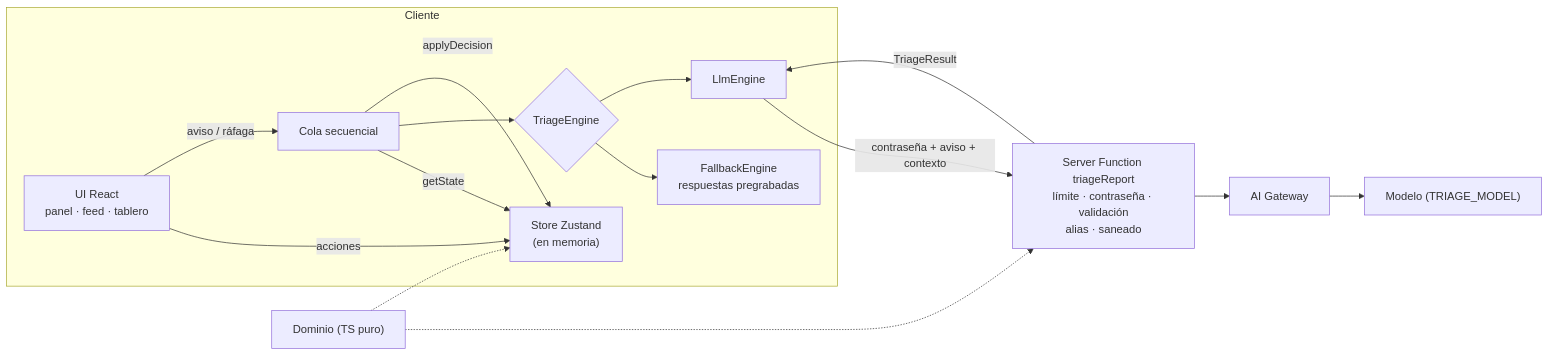
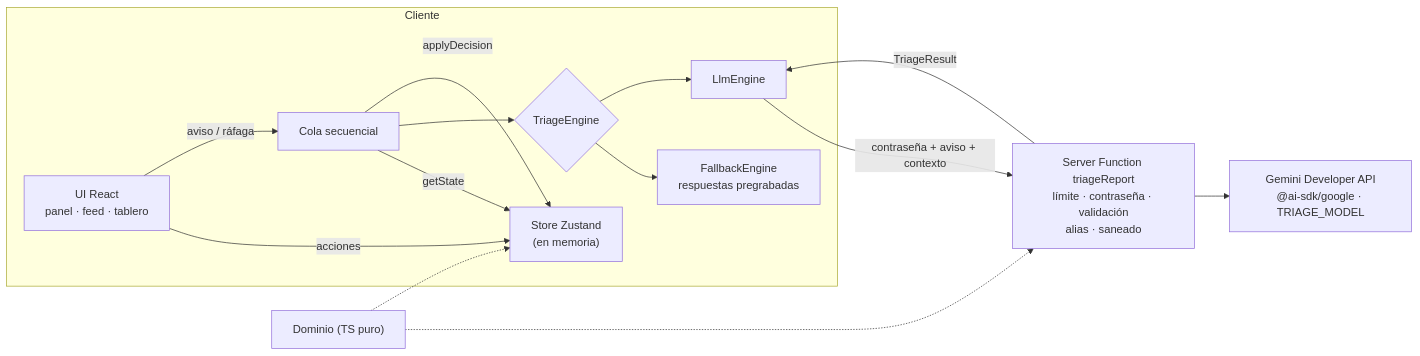
One commit to miguelpuchalt/fusuma-test changed the first of 2 diagrams in docs/designs/emergency_triage.md. Above: the diagram before and after it, drawn with Mermaid. The commit also changed other lines of this file and 14 other files, not shown here.

````diff
--- a/docs/designs/emergency_triage.md
+++ b/docs/designs/emergency_triage.md
@@ -215,17 +231,17 @@
 ```mermaid
 flowchart LR
   subgraph Cliente
     UI["UI React<br/>panel · feed · tablero"] -->|acciones| Store["Store Zustand<br/>(en memoria)"]
     UI -->|aviso / ráfaga| Queue["Cola secuencial"]
     Queue -->|getState| Store
     Queue --> Engine{"TriageEngine"}
     Engine --> Fallback["FallbackEngine<br/>respuestas pregrabadas"]
     Engine --> Llm["LlmEngine"]
     Queue -->|applyDecision| Store
   end
   Llm -->|contraseña + aviso + contexto| SF["Server Function triageReport<br/>límite · contraseña · validación<br/>alias · saneado"]
-  SF --> GW["AI Gateway"] --> M["Modelo (TRIAGE_MODEL)"]
+  SF --> GM["Gemini Developer API<br/>@ai-sdk/google · TRIAGE_MODEL"]
   SF -->|TriageResult| Llm
   Dom["Dominio (TS puro)"] -.-> Store
   Dom -.-> SF
 ```
````
